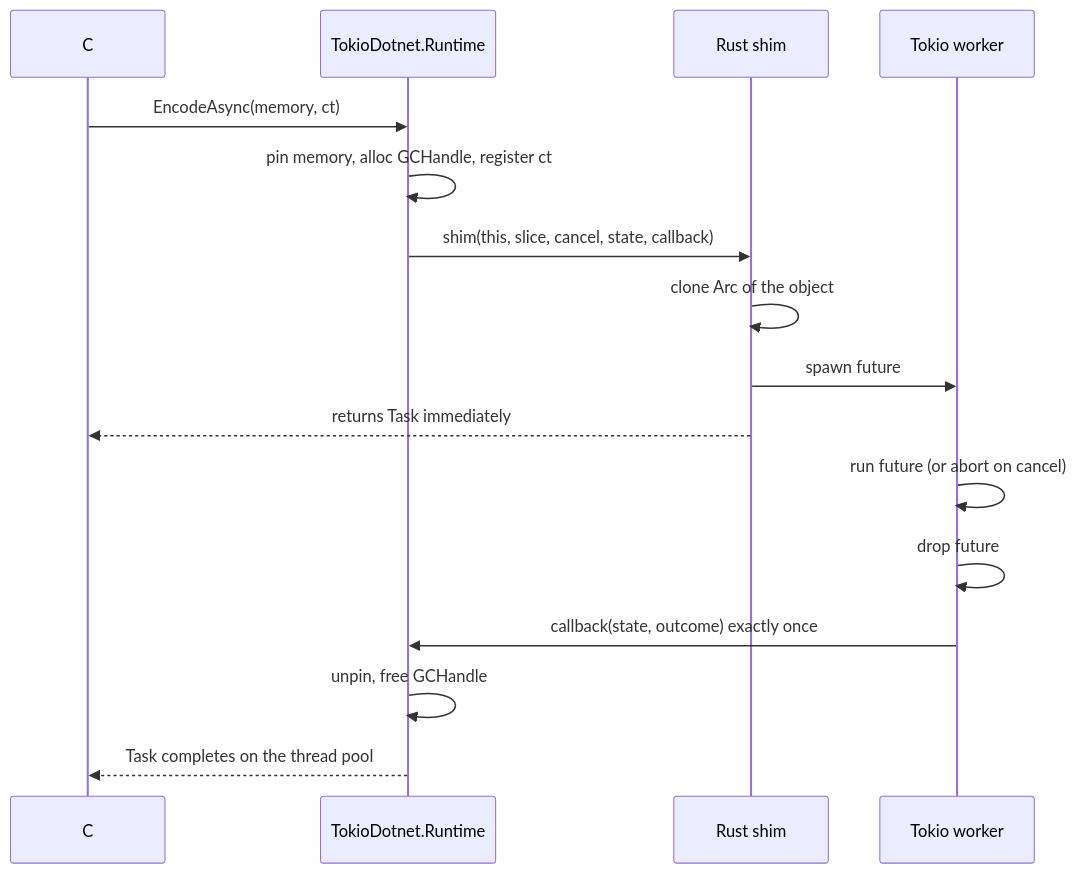
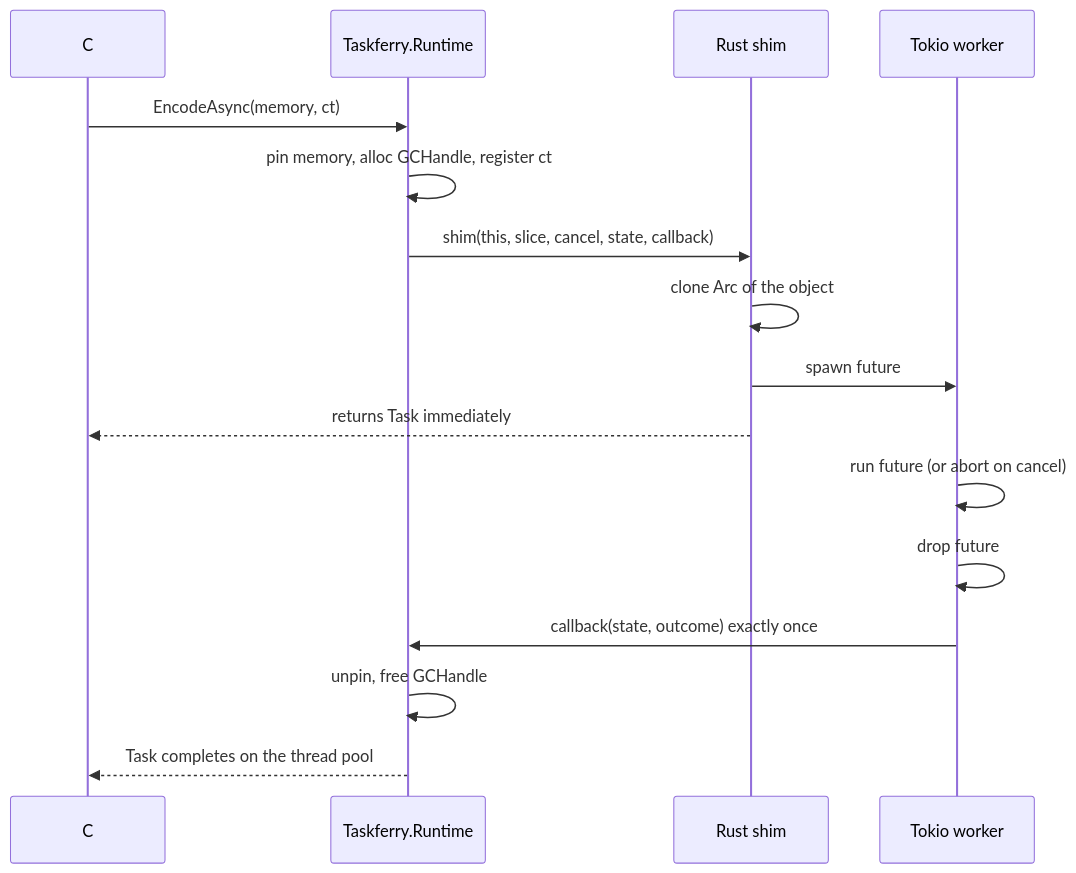
The second of 3 diagrams in README.md (redd34/taskferry), drawn with Mermaid before and after one commit. The commit also changed other lines of this file and 82 other files, not shown here.

````diff
--- a/README.md
+++ b/README.md
@@ -87,19 +87,19 @@
 ```mermaid
 sequenceDiagram
     participant CS as C# caller
-    participant RT as TokioDotnet.Runtime
+    participant RT as Taskferry.Runtime
     participant Shim as Rust shim
     participant Tokio as Tokio worker
 
     CS->>RT: EncodeAsync(memory, ct)
     RT->>RT: pin memory, alloc GCHandle, register ct
     RT->>Shim: shim(this, slice, cancel, state, callback)
     Shim->>Shim: clone Arc of the object
     Shim->>Tokio: spawn future
     Shim-->>CS: returns Task immediately
     Tokio->>Tokio: run future (or abort on cancel)
     Tokio->>Tokio: drop future
     Tokio->>RT: callback(state, outcome) exactly once
     RT->>RT: unpin, free GCHandle
     RT-->>CS: Task completes on the thread pool
 ```
````
